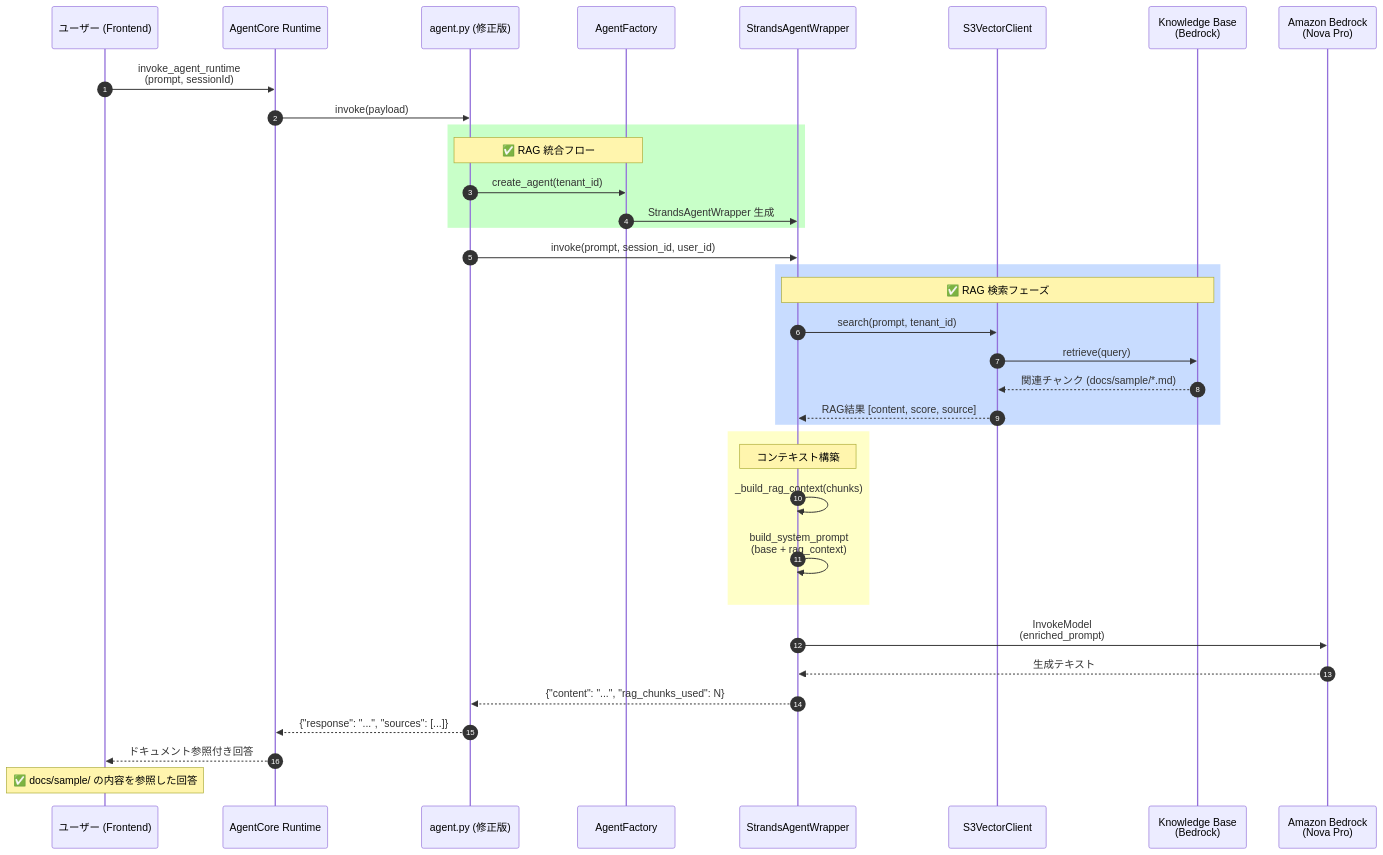
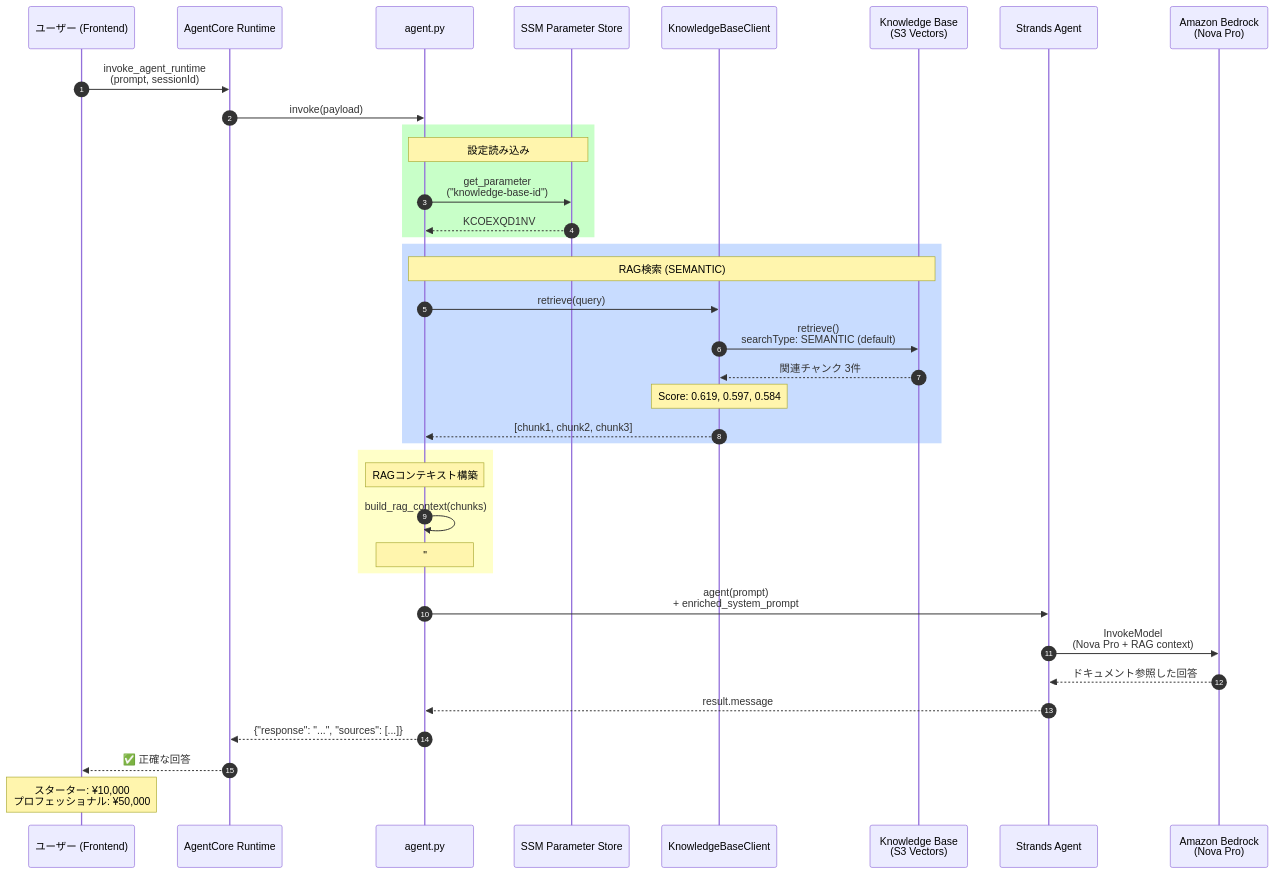
One commit to aezisai-inc/ai-agent-core-microservice-prot changed the third of 4 diagrams in docs/architecture/rag-implementation-analysis.md. Above: the diagram before and after it, drawn with Mermaid. The commit also changed other lines of this file, not shown here.

Commit message:
docs: update RAG implementation analysis with bug details and fix

````diff
--- a/docs/architecture/rag-implementation-analysis.md
+++ b/docs/architecture/rag-implementation-analysis.md
@@ -117,46 +146,45 @@
 ```mermaid
 sequenceDiagram
     autonumber
     participant User as ユーザー (Frontend)
     participant AgentCore as AgentCore Runtime
-    participant Agent as agent.py (修正版)
-    participant Factory as AgentFactory
-    participant Wrapper as StrandsAgentWrapper
-    participant S3Vector as S3VectorClient
-    participant KB as Knowledge Base<br/>(Bedrock)
+    participant Agent as agent.py
+    participant SSM as SSM Parameter Store
+    participant KBClient as KnowledgeBaseClient
+    participant KB as Knowledge Base<br/>(S3 Vectors)
+    participant Strands as Strands Agent
     participant Bedrock as Amazon Bedrock<br/>(Nova Pro)
     
     User->>AgentCore: invoke_agent_runtime<br/>(prompt, sessionId)
     AgentCore->>Agent: invoke(payload)
     
     rect rgb(200, 255, 200)
-        Note over Agent,Factory: ✅ RAG 統合フロー
-        Agent->>Factory: create_agent(tenant_id)
-        Factory->>Wrapper: StrandsAgentWrapper 生成
+        Note over Agent,SSM: 設定読み込み
+        Agent->>SSM: get_parameter<br/>("knowledge-base-id")
+        SSM-->>Agent: KCOEXQD1NV
     end
     
-    Agent->>Wrapper: invoke(prompt, session_id, user_id)
-    
     rect rgb(200, 220, 255)
-        Note over Wrapper,KB: ✅ RAG 検索フェーズ
-        Wrapper->>S3Vector: search(prompt, tenant_id)
-        S3Vector->>KB: retrieve(query)
-        KB-->>S3Vector: 関連チャンク (docs/sample/*.md)
-        S3Vector-->>Wrapper: RAG結果 [content, score, source]
+        Note over Agent,KB: RAG検索 (SEMANTIC)
+        Agent->>KBClient: retrieve(query)
+        KBClient->>KB: retrieve()<br/>searchType: SEMANTIC (default)
+        KB-->>KBClient: 関連チャンク 3件
+        Note over KBClient: Score: 0.619, 0.597, 0.584
+        KBClient-->>Agent: [chunk1, chunk2, chunk3]
     end
     
     rect rgb(255, 255, 200)
-        Note over Wrapper: コンテキスト構築
-        Wrapper->>Wrapper: _build_rag_context(chunks)
-        Wrapper->>Wrapper: build_system_prompt<br/>(base + rag_context)
+        Note over Agent: RAGコンテキスト構築
+        Agent->>Agent: build_rag_context(chunks)
+        Note over Agent: "## 参照ドキュメント<br/>スターター: ¥10,000<br/>プロフェッショナル: ¥50,000"
     end
     
-    Wrapper->>Bedrock: InvokeModel<br/>(enriched_prompt)
-    Bedrock-->>Wrapper: 生成テキスト
+    Agent->>Strands: agent(prompt)<br/>+ enriched_system_prompt
+    Strands->>Bedrock: InvokeModel<br/>(Nova Pro + RAG context)
+    Bedrock-->>Strands: ドキュメント参照した回答
+    Strands-->>Agent: result.message
+    Agent-->>AgentCore: {"response": "...", "sources": [...]}
+    AgentCore-->>User: ✅ 正確な回答
     
-    Wrapper-->>Agent: {"content": "...", "rag_chunks_used": N}
-    Agent-->>AgentCore: {"response": "...", "sources": [...]}
-    AgentCore-->>User: ドキュメント参照付き回答
-    
-    Note over User: ✅ docs/sample/ の内容を参照した回答
+    Note over User: スターター: ¥10,000<br/>プロフェッショナル: ¥50,000
 ```
````
